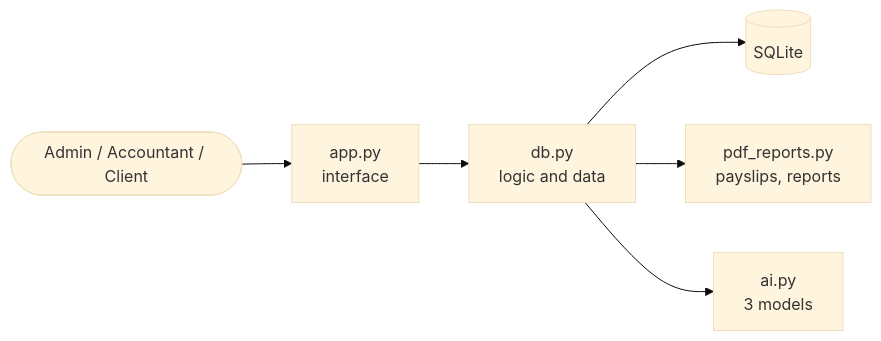
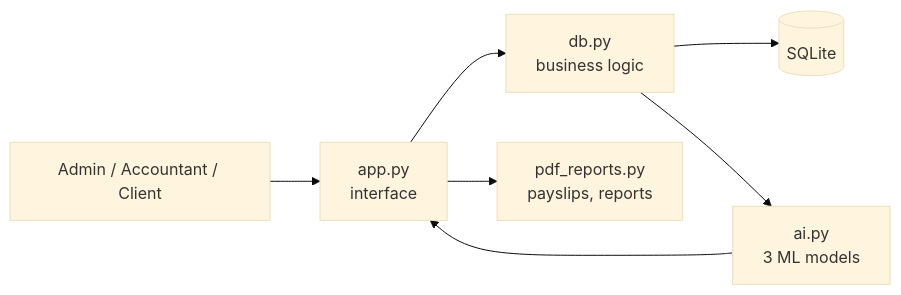
The diagram in README.md (Chaymae-El-Bahloul/Chaymae-El-Bahloul), drawn with Mermaid (base theme) before and after one commit. The commit also changed other lines of this file, not shown here.

````diff
--- a/README.md
+++ b/README.md
@@ -41,8 +133,9 @@
 ```mermaid
 flowchart LR
-    U([Admin / Accountant / Client]) --> A[app.py<br>interface]
-    A --> B[db.py<br>logic and data]
-    B --> D[(SQLite)]
-    B --> P[pdf_reports.py<br>payslips, reports]
-    B --> M[ai.py<br>3 models]
+    U["Admin / Accountant / Client"] --> A["app.py<br/>interface"]
+    A --> D["db.py<br/>business logic"]
+    D --> S[("SQLite")]
+    A --> P["pdf_reports.py<br/>payslips, reports"]
+    D --> I["ai.py<br/>3 ML models"]
+    I --> A
 ```
````
